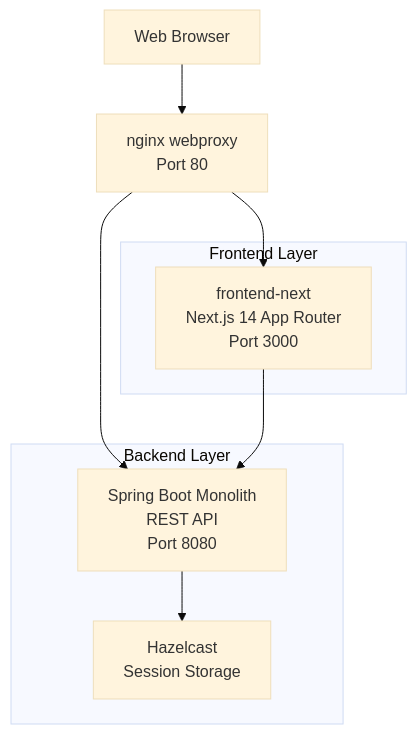
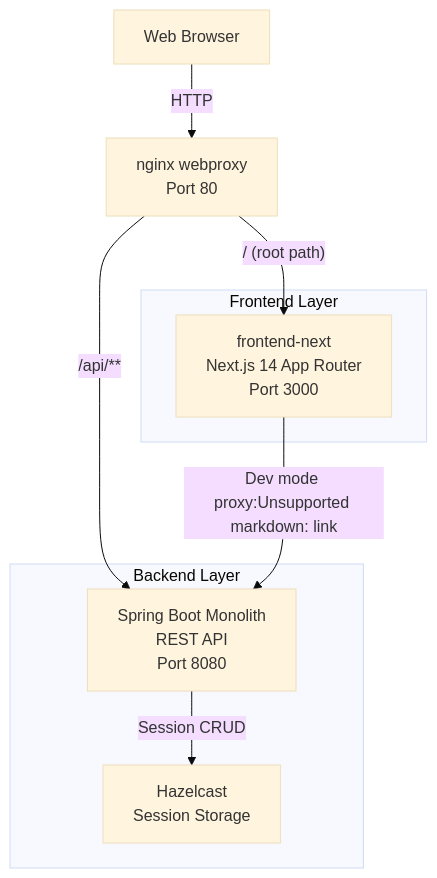
Before and after one commit to philipz/spring-modular-monolith: the first of 4 diagrams in docs/deepwiki/Web-Interface-and-Thymeleaf-Templates.md, drawn with Mermaid (base theme). The commit also changed other lines of this file and 55 other files, not shown here.

````diff
--- a/docs/deepwiki/Web-Interface-and-Thymeleaf-Templates.md
+++ b/docs/deepwiki/Web-Interface-and-Thymeleaf-Templates.md
@@ -40,24 +40,24 @@
 ```mermaid
 flowchart TD
 
 Browser["Web Browser"]
 Nginx["nginx webproxy<br>Port 80"]
 NextJS["frontend-next<br>Next.js 14 App Router<br>Port 3000"]
 Monolith["Spring Boot Monolith<br>REST API<br>Port 8080"]
 Hazelcast["Hazelcast<br>Session Storage"]
 
-Browser --> Nginx
-Nginx --> NextJS
-Nginx --> Monolith
-NextJS --> Monolith
+Browser -->|"HTTP"| Nginx
+Nginx -->|"/ (root path)"| NextJS
+Nginx -->|"/api/**"| Monolith
+NextJS -->|"Dev mode proxy:Unsupported markdown: link"| Monolith
 
 subgraph subGraph1 ["Backend Layer"]
     Monolith
     Hazelcast
-    Monolith --> Hazelcast
+    Monolith -->|"Session CRUD"| Hazelcast
 end
 
 subgraph subGraph0 ["Frontend Layer"]
     NextJS
 end
 ```
````
